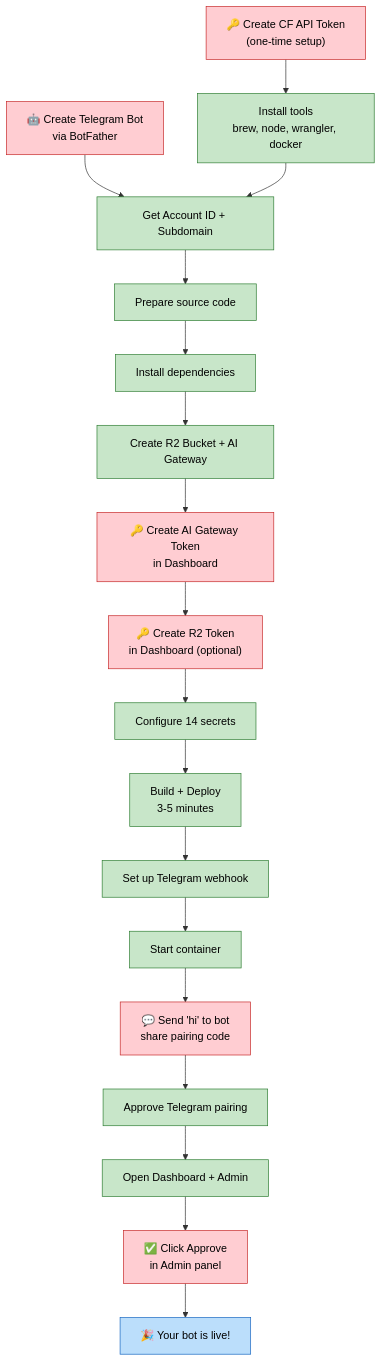
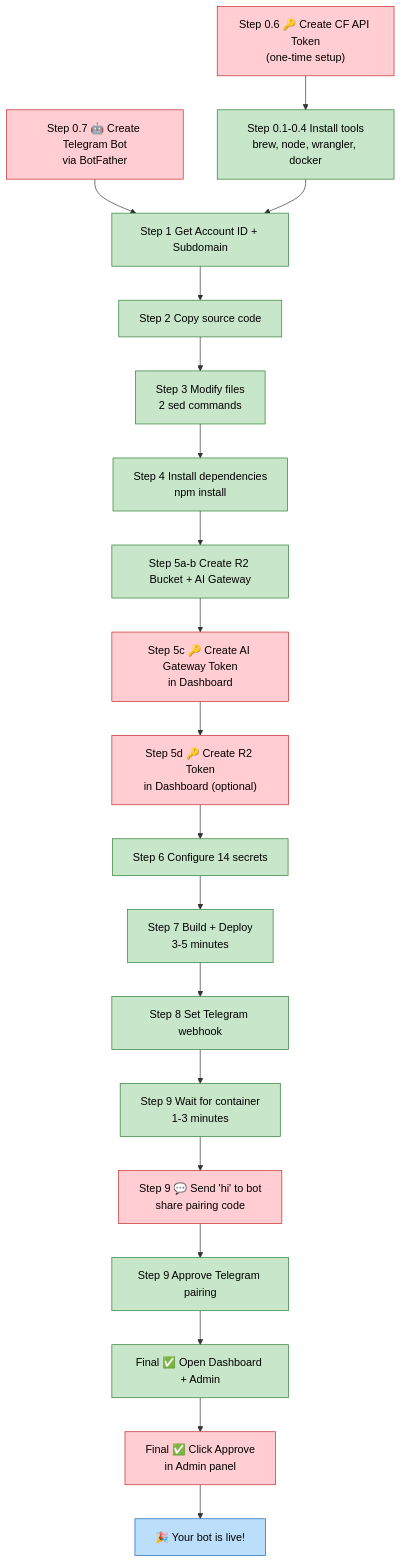
Before and after one commit to laucw1213/deploy-openclaw: the diagram in README.md, drawn with Mermaid.

Commit message:
Add step numbers to deployment flow diagram

````diff
--- a/README.md
+++ b/README.md
@@ -29,24 +29,25 @@
 ```mermaid
 flowchart TD
-    U1["🔑 Create CF API Token<br/>(one-time setup)"]:::user --> A1["Install tools<br/>brew, node, wrangler, docker"]:::auto
-    U2["🤖 Create Telegram Bot<br/>via BotFather"]:::user --> A2["Get Account ID + Subdomain"]:::auto
-    A1 --> A2
-    A2 --> A3["Prepare source code"]:::auto
-    A3 --> A4["Install dependencies"]:::auto
-    A4 --> A5["Create R2 Bucket + AI Gateway"]:::auto
-    A5 --> U3["🔑 Create AI Gateway Token<br/>in Dashboard"]:::user
-    U3 --> U4["🔑 Create R2 Token<br/>in Dashboard (optional)"]:::user
-    U4 --> A6["Configure 14 secrets"]:::auto
-    A6 --> A7["Build + Deploy<br/>3-5 minutes"]:::auto
-    A7 --> A8["Set up Telegram webhook"]:::auto
-    A8 --> A9["Start container"]:::auto
-    A9 --> U5["💬 Send 'hi' to bot<br/>share pairing code"]:::user
-    U5 --> A10["Approve Telegram pairing"]:::auto
-    A10 --> A11["Open Dashboard + Admin"]:::auto
-    A11 --> U6["✅ Click Approve<br/>in Admin panel"]:::user
-    U6 --> Done["🎉 Your bot is live!"]:::done
+    S0U1["Step 0.6 🔑 Create CF API Token<br/>(one-time setup)"]:::user --> S0A1["Step 0.1-0.4 Install tools<br/>brew, node, wrangler, docker"]:::auto
+    S0U2["Step 0.7 🤖 Create Telegram Bot<br/>via BotFather"]:::user --> S1["Step 1 Get Account ID + Subdomain"]:::auto
+    S0A1 --> S1
+    S1 --> S2["Step 2 Copy source code"]:::auto
+    S2 --> S3["Step 3 Modify files<br/>2 sed commands"]:::auto
+    S3 --> S4["Step 4 Install dependencies<br/>npm install"]:::auto
+    S4 --> S5AB["Step 5a-b Create R2 Bucket + AI Gateway"]:::auto
+    S5AB --> S5C["Step 5c 🔑 Create AI Gateway Token<br/>in Dashboard"]:::user
+    S5C --> S5D["Step 5d 🔑 Create R2 Token<br/>in Dashboard (optional)"]:::user
+    S5D --> S6["Step 6 Configure 14 secrets"]:::auto
+    S6 --> S7["Step 7 Build + Deploy<br/>3-5 minutes"]:::auto
+    S7 --> S8["Step 8 Set Telegram webhook"]:::auto
+    S8 --> S9W["Step 9 Wait for container<br/>1-3 minutes"]:::auto
+    S9W --> S9U["Step 9 💬 Send 'hi' to bot<br/>share pairing code"]:::user
+    S9U --> S9A["Step 9 Approve Telegram pairing"]:::auto
+    S9A --> SF["Final ✅ Open Dashboard + Admin"]:::auto
+    SF --> SFU["Final ✅ Click Approve<br/>in Admin panel"]:::user
+    SFU --> Done["🎉 Your bot is live!"]:::done
 
     classDef user fill:#ffcdd2,stroke:#c62828,color:#000
     classDef auto fill:#c8e6c9,stroke:#2e7d32,color:#000
     classDef done fill:#bbdefb,stroke:#1565c0,color:#000
 ```
````
